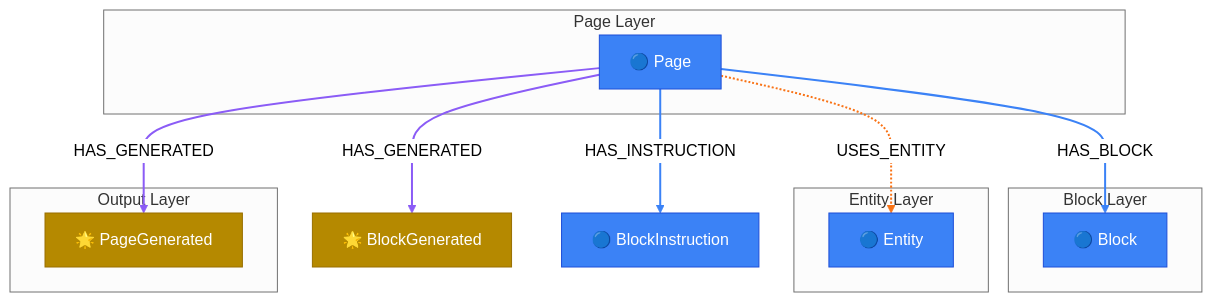
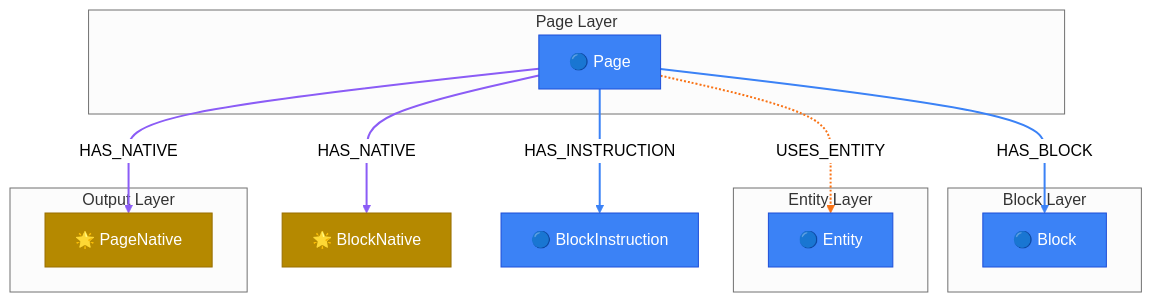
The diagram in packages/core/models/docs/page-generation-context.md (supernovae-st/novanet), drawn with Mermaid (neutral theme) before and after one commit. The commit also changed 113 other files, not shown here.

First line of the commit message:
feat(schema): v0.13.0 *Native migration (ADR-029)

````diff
--- a/packages/core/models/docs/page-generation-context.md
+++ b/packages/core/models/docs/page-generation-context.md
@@ -26,52 +26,52 @@
 ```mermaid
 flowchart TB
   %% View: Page Generation Context (page-generation-context)
   %% 6 nodes, 5 arcs
 
   %% Trait styling (node_trait)
   classDef defined fill:#3b82f6,stroke:#1d4ed8,color:#fff
   classDef authored fill:#22c55e,stroke:#16a34a,color:#fff
   classDef imported fill:#8b5cf6,stroke:#7c3aed,color:#fff
   classDef generated fill:#b58900,stroke:#996f00,color:#fff
   classDef retrieved fill:#6c71c4,stroke:#5761b3,color:#fff
 
   subgraph PAGE_LAYER["Page Layer"]
     Page["🔵 Page"]
   end
 
   subgraph BLOCK_LAYER["Block Layer"]
     Block["🔵 Block"]
   end
 
   subgraph ENTITY_LAYER["Entity Layer"]
     Entity["🔵 Entity"]
   end
 
   subgraph OUTPUT_LAYER["Output Layer"]
-    PageGenerated["🌟 PageGenerated"]
+    PageNative["🌟 PageNative"]
   end
 
   %% Additional reachable nodes
-  BlockGenerated["🌟 BlockGenerated"]
+  BlockNative["🌟 BlockNative"]
   BlockInstruction["🔵 BlockInstruction"]
 
   %% Relationships (styled by arc family)
   Page -->|HAS_BLOCK| Block
-  Page ==>|HAS_GENERATED| BlockGenerated
-  Page ==>|HAS_GENERATED| PageGenerated
+  Page ==>|HAS_NATIVE| BlockNative
+  Page ==>|HAS_NATIVE| PageNative
   Page -->|HAS_INSTRUCTION| BlockInstruction
   Page -.->|USES_ENTITY| Entity
 
   %% Arc colors by family
   linkStyle 1,2 stroke:#8b5cf6,stroke-width:2px
   linkStyle 0,3 stroke:#3b82f6,stroke-width:2px
   linkStyle 4 stroke:#f97316,stroke-width:2px
 
   %% Class assignments
   class Block defined
-  class BlockGenerated generated
+  class BlockNative generated
   class BlockInstruction defined
   class Entity defined
   class Page defined
-  class PageGenerated generated
+  class PageNative generated
 ```
````
